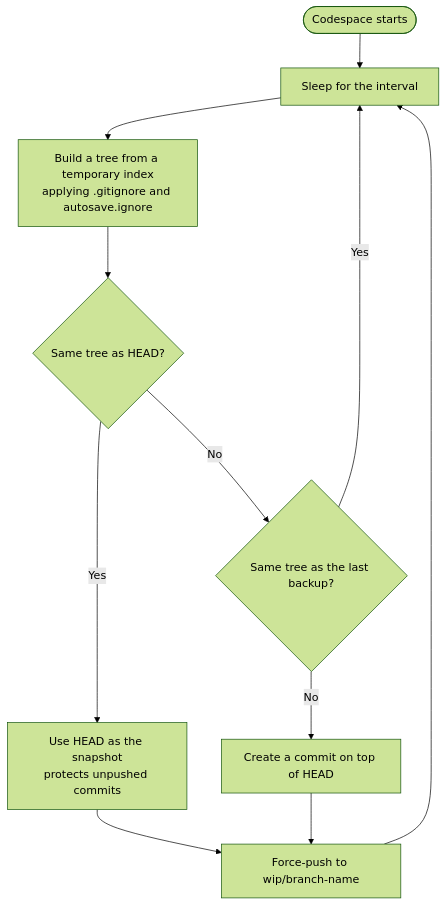
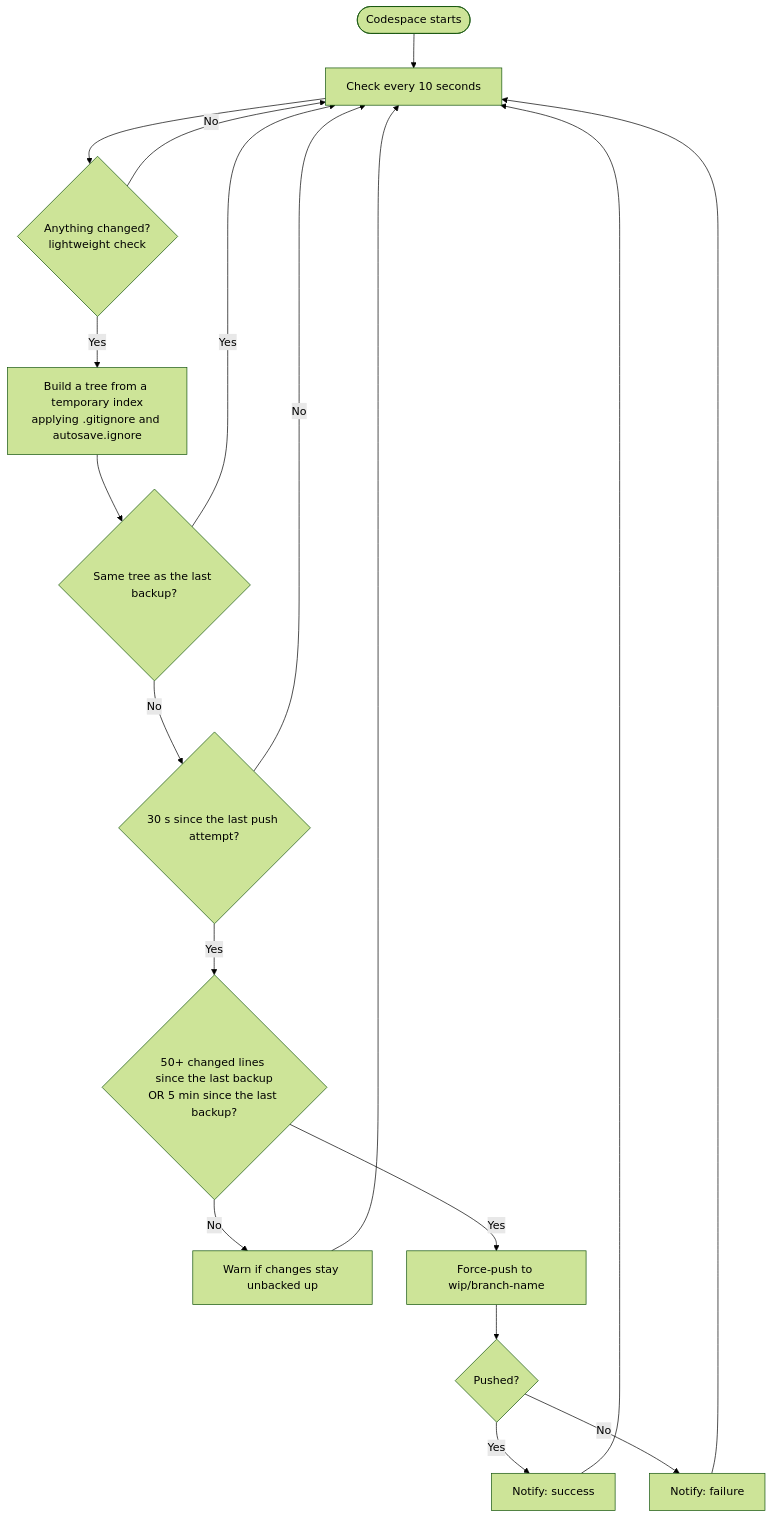
One commit to taka1156/codespaces-autosnapshot changed the second of 2 diagrams in README.md. Above: the diagram before and after it, drawn with Mermaid (forest theme). The commit also changed other lines of this file and 4 other files, not shown here.

````diff
--- a/README.md
+++ b/README.md
@@ -31,13 +33,20 @@
 ```mermaid
 flowchart TD
-    S([Codespace starts]) --> B[Sleep for the interval]
-    B --> C[Build a tree from a temporary index<br/>applying .gitignore and autosave.ignore]
-    C --> D{Same tree as HEAD?}
-    D -- Yes --> E[Use HEAD as the snapshot<br/>protects unpushed commits]
-    D -- No --> G{Same tree as the last backup?}
+    S([Codespace starts]) --> B[Check every 10 seconds]
+    B --> C{Anything changed?<br/>lightweight check}
+    C -- No --> B
+    C -- Yes --> D[Build a tree from a temporary index<br/>applying .gitignore and autosave.ignore]
+    D --> G{Same tree as the last backup?}
     G -- Yes --> B
-    G -- No --> F[Create a commit on top of HEAD]
-    E --> H
-    F --> H[Force-push to wip/branch-name]
-    H --> B
+    G -- No --> M{30 s since the last push attempt?}
+    M -- No --> B
+    M -- Yes --> T{50+ changed lines since the last backup<br/>OR 5 min since the last backup?}
+    T -- No --> W[Warn if changes stay unbacked up]
+    W --> B
+    T -- Yes --> H[Force-push to wip/branch-name]
+    H --> R{Pushed?}
+    R -- Yes --> OK[Notify: success]
+    R -- No --> NG[Notify: failure]
+    OK --> B
+    NG --> B
 ```
````
